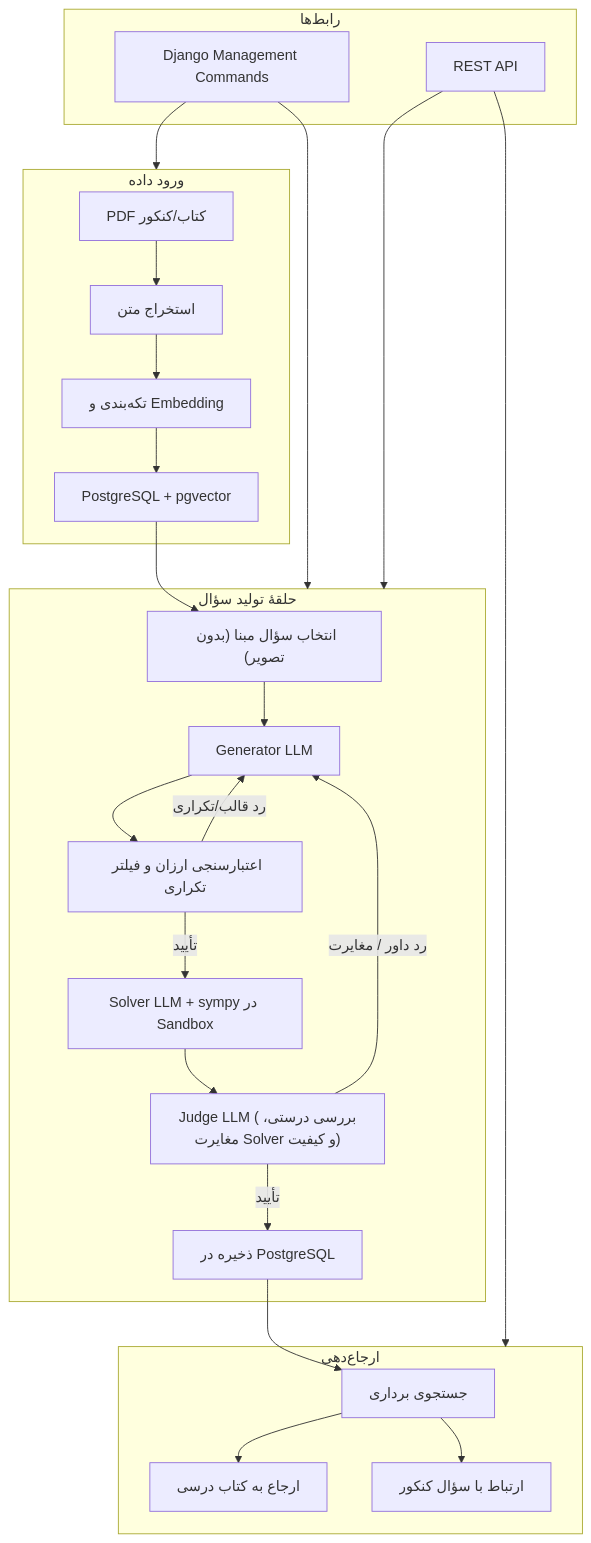
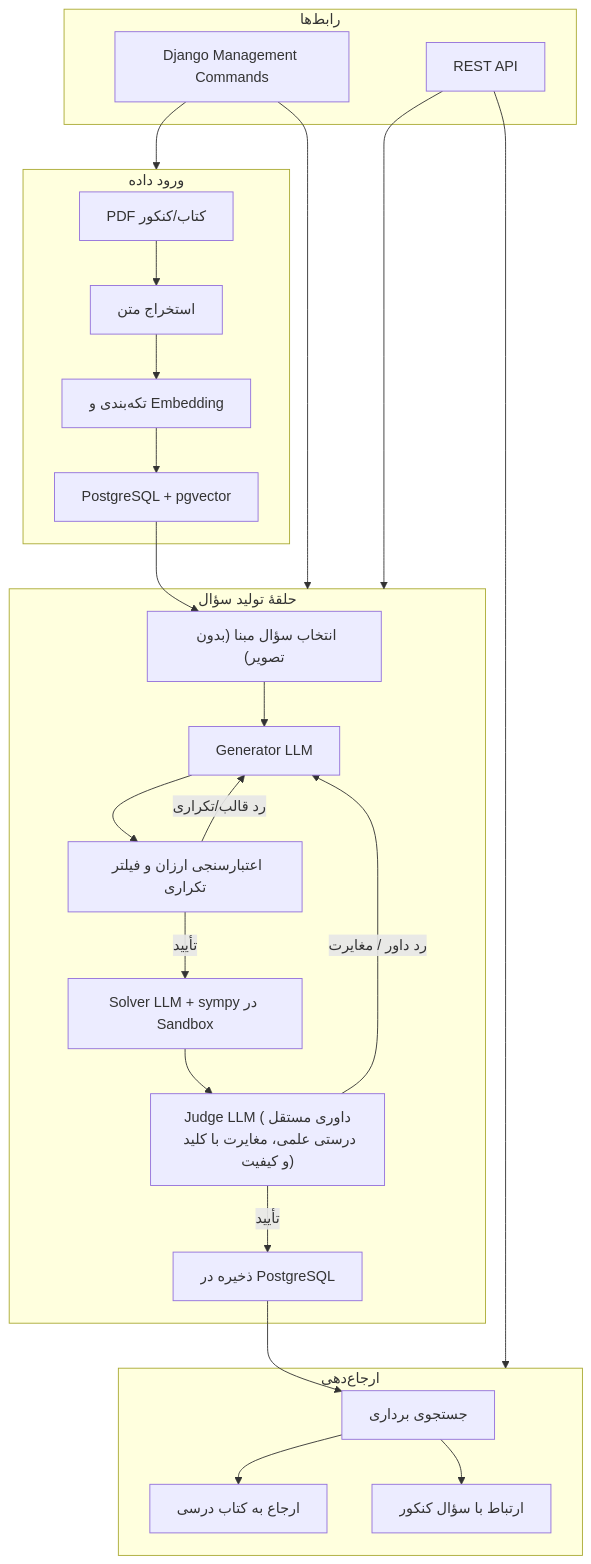
Before and after one commit to mjavadhm/gama-bama: the diagram in docs/architecture.md, drawn with Mermaid. The commit also changed other lines of this file and 12 other files, not shown here.

````diff
--- a/docs/architecture.md
+++ b/docs/architecture.md
@@ -68,35 +73,35 @@
 ```mermaid
 flowchart TD
     subgraph ورود["ورود داده"]
         PDF["PDF کتاب/کنکور"] --> Extract["استخراج متن"]
         Extract --> Chunk["تکه‌بندی و Embedding"]
         Chunk --> PG["PostgreSQL + pgvector"]
     end
 
     subgraph تولید["حلقهٔ تولید سؤال"]
         Select["انتخاب سؤال مبنا (بدون تصویر)"] --> Gen["Generator LLM"]
         Gen --> Cheap["اعتبارسنجی ارزان و فیلتر تکراری"]
         Cheap -->|"رد قالب/تکراری"| Gen
         Cheap -->|"تأیید"| Solver["Solver LLM + sympy در Sandbox"]
-        Solver --> Judge["Judge LLM (بررسی درستی، مغایرت Solver و کیفیت)"]
+        Solver --> Judge["Judge LLM (داوری مستقل درستی علمی، مغایرت با کلید و کیفیت)"]
         Judge -->|"رد داور / مغایرت"| Gen
         Judge -->|"تأیید"| Store["ذخیره در PostgreSQL"]
     end
 
     subgraph ارجاع["ارجاع‌دهی"]
         Store --> Ref["جستجوی برداری"]
         Ref --> Book["ارجاع به کتاب درسی"]
         Ref --> Exam["ارتباط با سؤال کنکور"]
     end
 
     subgraph رابط["رابط‌ها"]
         CLI["Django Management Commands"]
         API["REST API"]
     end
 
     PG --> Select
     CLI --> ورود
     CLI --> تولید
     API --> تولید
     API --> ارجاع
 ```
````
